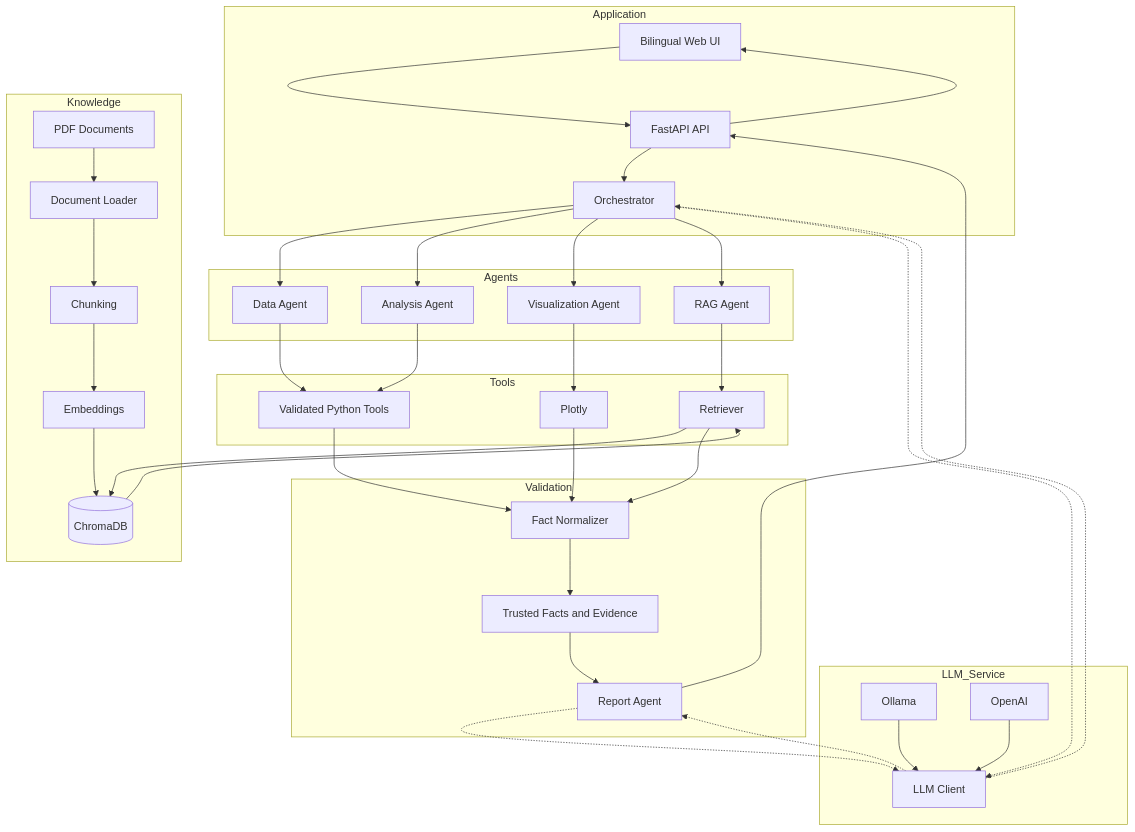
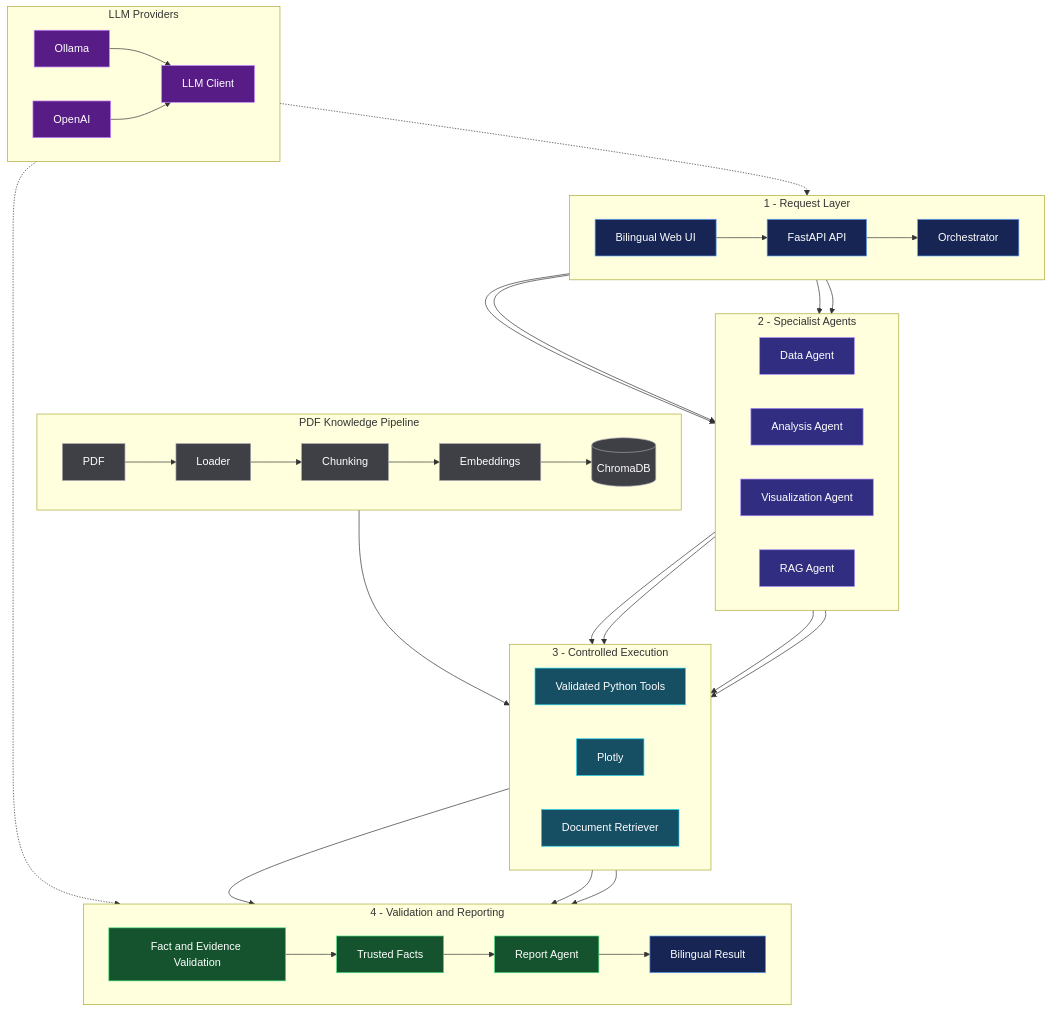
One commit to ShathaMoeen/datamind-ai changed the diagram in README.md. Above: the diagram before and after it, drawn with Mermaid. The commit also changed other lines of this file, not shown here.

Commit message:
docs: simplify and style architecture diagram

````diff
--- a/README.md
+++ b/README.md
@@ -25,20 +25,18 @@
 ```mermaid
 flowchart TB
 
-    subgraph Application
-        UI[Bilingual Web UI]
-        API[FastAPI API]
-        ORCH[Orchestrator]
-
-        UI --> API
-        API --> ORCH
+    subgraph REQUEST["1 - Request Layer"]
+        direction LR
+        UI["Bilingual Web UI"] --> API["FastAPI API"]
+        API --> ORCH["Orchestrator"]
     end
 
-    subgraph Agents
-        DATA[Data Agent]
-        ANALYSIS[Analysis Agent]
-        VIS[Visualization Agent]
-        RAG[RAG Agent]
+    subgraph AGENTS["2 - Specialist Agents"]
+        direction LR
+        DATA["Data Agent"]
+        ANALYSIS["Analysis Agent"]
+        VIS["Visualization Agent"]
+        RAG["RAG Agent"]
     end
 
     ORCH --> DATA
@@ -46,10 +44,11 @@
     ORCH --> VIS
     ORCH --> RAG
 
-    subgraph Tools
-        PYTHON[Validated Python Tools]
-        PLOTLY[Plotly]
-        RETRIEVER[Retriever]
+    subgraph EXECUTION["3 - Controlled Execution"]
+        direction LR
+        PYTHON["Validated Python Tools"]
+        PLOTLY["Plotly"]
+        RETRIEVER["Document Retriever"]
     end
 
     DATA --> PYTHON
@@ -57,49 +56,56 @@
     VIS --> PLOTLY
     RAG --> RETRIEVER
 
-    subgraph Knowledge
-        PDF[PDF Documents]
-        LOADER[Document Loader]
-        CHUNKS[Chunking]
-        EMBEDDINGS[Embeddings]
-        CHROMA[(ChromaDB)]
-
-        PDF --> LOADER
-        LOADER --> CHUNKS
-        CHUNKS --> EMBEDDINGS
-        EMBEDDINGS --> CHROMA
+    subgraph PIPELINE["PDF Knowledge Pipeline"]
+        direction LR
+        PDF["PDF"] --> LOADER["Loader"]
+        LOADER --> CHUNKS["Chunking"]
+        CHUNKS --> EMBEDDINGS["Embeddings"]
+        EMBEDDINGS --> CHROMA[("ChromaDB")]
     end
 
-    RETRIEVER --> CHROMA
     CHROMA --> RETRIEVER
 
-    subgraph Validation
-        NORMALIZER[Fact Normalizer]
-        FACTS[Trusted Facts and Evidence]
-        REPORT[Report Agent]
+    subgraph REPORTING["4 - Validation and Reporting"]
+        direction LR
+        VALIDATE["Fact and Evidence Validation"]
+        FACTS["Trusted Facts"]
+        REPORT["Report Agent"]
+        RESPONSE["Bilingual Result"]
 
-        NORMALIZER --> FACTS
+        VALIDATE --> FACTS
         FACTS --> REPORT
+        REPORT --> RESPONSE
     end
 
-    PYTHON --> NORMALIZER
-    PLOTLY --> NORMALIZER
-    RETRIEVER --> NORMALIZER
+    PYTHON --> VALIDATE
+    PLOTLY --> VALIDATE
+    RETRIEVER --> VALIDATE
 
-    subgraph LLM_Service
-        OLLAMA[Ollama]
-        OPENAI[OpenAI]
-        LLM[LLM Client]
+    subgraph MODELS["LLM Providers"]
+        direction LR
+        OLLAMA["Ollama"]
+        OPENAI["OpenAI"]
+        CLIENT["LLM Client"]
 
-        OLLAMA --> LLM
-        OPENAI --> LLM
+        OLLAMA --> CLIENT
+        OPENAI --> CLIENT
     end
 
-    ORCH -.-> LLM
-    LLM -.-> ORCH
-    REPORT -.-> LLM
-    LLM -.-> REPORT
+    CLIENT -.-> ORCH
+    CLIENT -.-> REPORT
 
-    REPORT --> API
-    API --> UI
+    classDef interface fill:#172554,stroke:#60a5fa,color:#ffffff
+    classDef agent fill:#312e81,stroke:#a78bfa,color:#ffffff
+    classDef tool fill:#164e63,stroke:#22d3ee,color:#ffffff
+    classDef knowledge fill:#3f3f46,stroke:#a1a1aa,color:#ffffff
+    classDef trusted fill:#14532d,stroke:#4ade80,color:#ffffff
+    classDef model fill:#581c87,stroke:#c084fc,color:#ffffff
+
+    class UI,API,ORCH,RESPONSE interface
+    class DATA,ANALYSIS,VIS,RAG agent
+    class PYTHON,PLOTLY,RETRIEVER tool
+    class PDF,LOADER,CHUNKS,EMBEDDINGS,CHROMA knowledge
+    class VALIDATE,FACTS,REPORT trusted
+    class OLLAMA,OPENAI,CLIENT model
 ```
````
